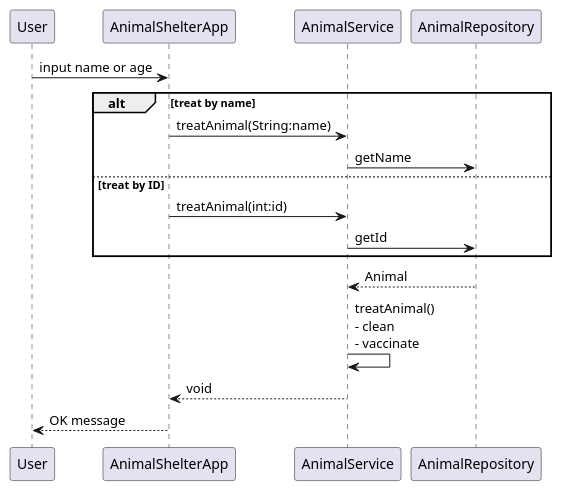
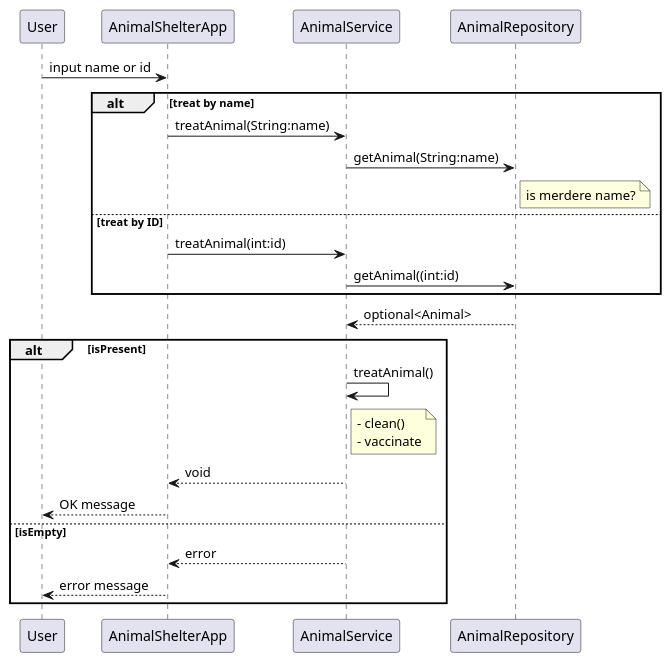
Before and after one commit to Hanagami3/Vaccination-Maxime: the diagram in analysis/treatAnimal/sequence_treatAnimal.puml, drawn with PlantUML. The commit also changed 24 other files, not shown here.

```diff
--- a/analysis/treatAnimal/sequence_treatAnimal.puml
+++ b/analysis/treatAnimal/sequence_treatAnimal.puml
@@ -1,22 +1,27 @@
 @startuml
-
-User -> AnimalShelterApp : input name or age
+User -> AnimalShelterApp : input name or id
 
 alt treat by name
 AnimalShelterApp -> AnimalService : treatAnimal(String:name)
-AnimalService -> AnimalRepository : getName
+AnimalService -> AnimalRepository : getAnimal(String:name)
+note right of AnimalRepository : is merdere name?
 
 else treat by ID
 AnimalShelterApp -> AnimalService : treatAnimal(int:id)
-AnimalService -> AnimalRepository : getId
+AnimalService -> AnimalRepository : getAnimal((int:id)
 
 end
 
-AnimalService <--AnimalRepository : Animal
-AnimalService -> AnimalService : treatAnimal()\n- clean\n- vaccinate
+AnimalService <--AnimalRepository : optional<Animal>
 
+alt isPresent
+AnimalService -> AnimalService : treatAnimal()
+note right of AnimalService : - clean()\n- vaccinate
 AnimalShelterApp <-- AnimalService : void
 User <-- AnimalShelterApp : OK message
 
-
+else isEmpty
+AnimalShelterApp <-- AnimalService : error
+User <-- AnimalShelterApp : error message
+end
 @enduml
```
